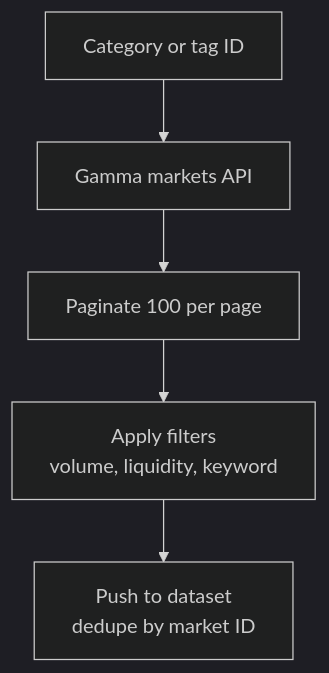
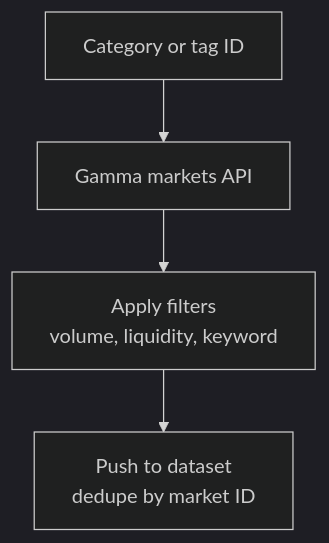
One commit to Ken-Mutisya/scrapemint changed the second of 2 diagrams in actors/polymarket-market-monitor/README.md. Above: the diagram before and after it, drawn with Mermaid (dark theme). The commit also changed other lines of this file, not shown here.

Commit message:
Tighten Polymarket Market Monitor README for organic search

````diff
--- a/actors/polymarket-market-monitor/README.md
+++ b/actors/polymarket-market-monitor/README.md
@@ -38,7 +37,6 @@
 ```mermaid
 flowchart TD
     A[Category or tag ID] --> B[Gamma markets API]
-    B --> C[Paginate 100 per page]
-    C --> D[Apply filters<br/>volume, liquidity, keyword]
-    D --> E[Push to dataset<br/>dedupe by market ID]
+    B --> C[Apply filters<br/>volume, liquidity, keyword]
+    C --> D[Push to dataset<br/>dedupe by market ID]
 ```
````
